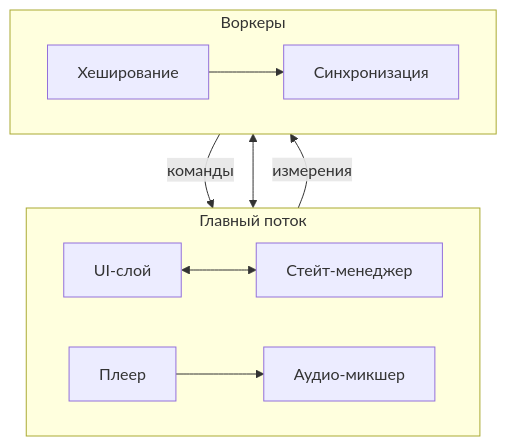
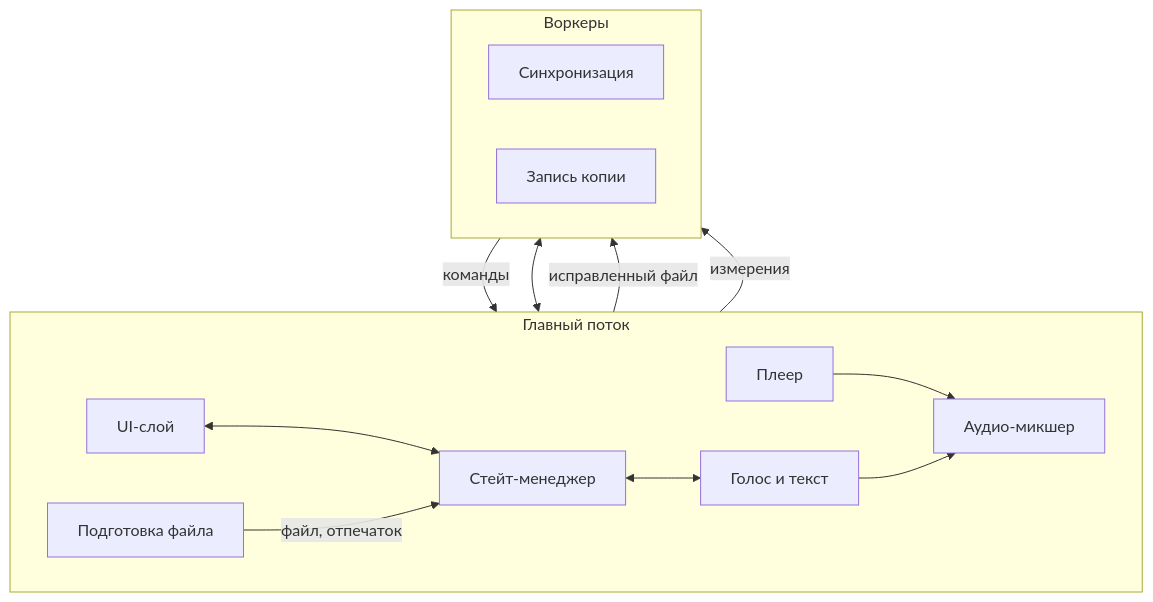
One commit to trybenon/web-dev changed the second of 3 diagrams in docs/architecture.md. Above: the diagram before and after it, drawn with Mermaid. The commit also changed other lines of this file and 6 other files, not shown here.

````diff
--- a/docs/architecture.md
+++ b/docs/architecture.md
@@ -119,23 +147,28 @@
 ```mermaid
 flowchart TB
     subgraph MAIN["Главный поток"]
         direction LR
         UI["UI-слой"]
         STORE["Стейт-менеджер"]
+        PREP["Подготовка файла"]
         PLAY["Плеер"]
+        VOICE["Голос и текст"]
         MIX["Аудио-микшер"]
     end
 
     subgraph WRK["Воркеры"]
         direction LR
         WSYNC["Синхронизация"]
-        WHASH["Хеширование"]
+        WCOPY["Запись копии"]
     end
 
     UI <--> STORE
     STORE <--> WSYNC
+    PREP -->|"файл, отпечаток"| STORE
+    PREP -->|"исправленный файл"| WCOPY
     PLAY -->|"измерения"| WSYNC
     WSYNC -->|"команды"| PLAY
+    STORE <--> VOICE
     PLAY --> MIX
-    WHASH --> WSYNC
+    VOICE --> MIX
 ```
````
